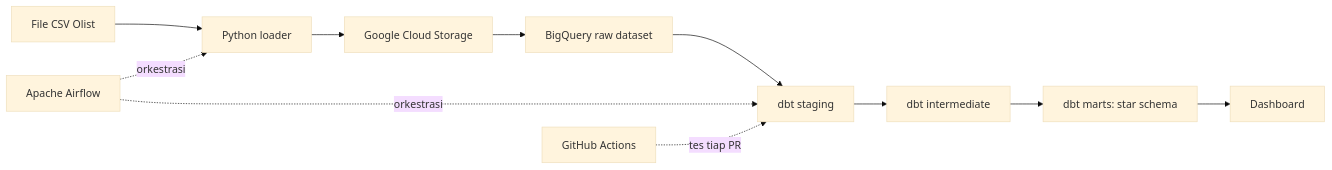
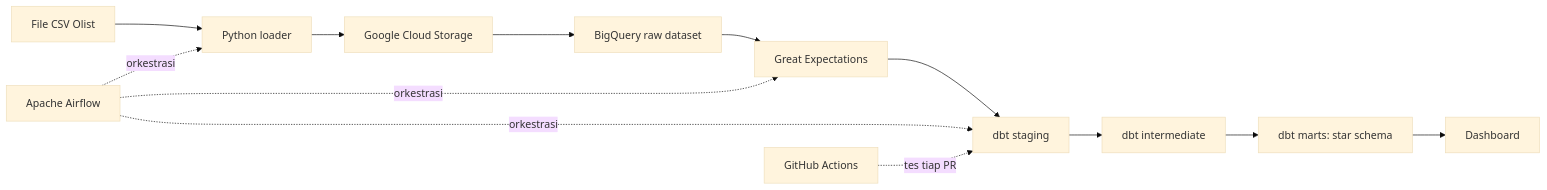
Before and after one commit to Gallahad12/ecommerce-data-warehouse: the diagram in README.md, drawn with Mermaid (base theme). The commit also changed other lines of this file and 7 other files, not shown here.

First line of the commit message:
Add Great Expectations validation for raw tables

````diff
--- a/README.md
+++ b/README.md
@@ -27,13 +27,15 @@
 ```mermaid
 flowchart LR
     A[File CSV Olist] --> B[Python loader]
     B --> C[Google Cloud Storage]
     C --> D[BigQuery raw dataset]
-    D --> E[dbt staging]
+    D --> V[Great Expectations]
+    V --> E[dbt staging]
     E --> F[dbt intermediate]
     F --> G[dbt marts: star schema]
     G --> H[Dashboard]
     I[Apache Airflow] -. orkestrasi .-> B
+    I -. orkestrasi .-> V
     I -. orkestrasi .-> E
     J[GitHub Actions] -. tes tiap PR .-> E
 ```
````
